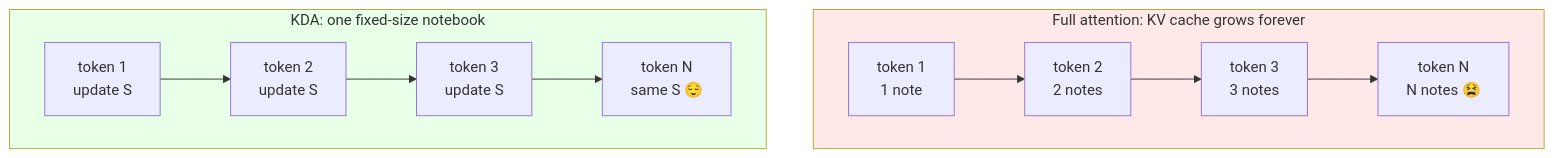
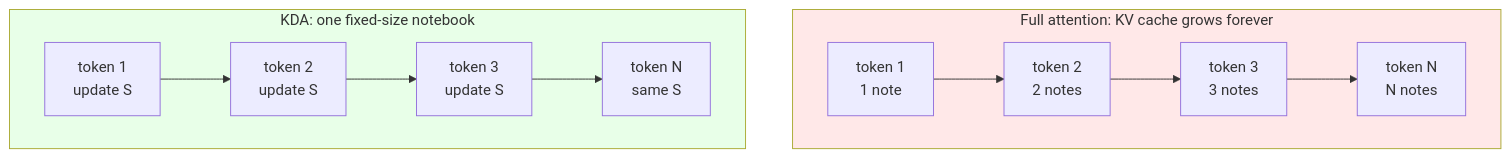
Before and after one commit to hwilner/kimi-delta-attention: the second of 3 diagrams in docs/EXTENDED_INTRODUCTION.md, drawn with Mermaid. The commit also changed other lines of this file, not shown here.

Commit message:
docs: rewrite EXTENDED_INTRODUCTION with zero-prerequisite numeric examples + figure embed

````diff
--- a/docs/EXTENDED_INTRODUCTION.md
+++ b/docs/EXTENDED_INTRODUCTION.md
@@ -111,13 +136,13 @@
 ```mermaid
 flowchart TB
     subgraph Full_Attention["Full attention: KV cache grows forever"]
         direction LR
-        t1["token 1<br/>1 note"] --> t2["token 2<br/>2 notes"] --> t3["token 3<br/>3 notes"] --> tn["token N<br/>N notes 😫"]
+        t1["token 1<br/>1 note"] --> t2["token 2<br/>2 notes"] --> t3["token 3<br/>3 notes"] --> tn["token N<br/>N notes"]
     end
     subgraph KDA["KDA: one fixed-size notebook"]
         direction LR
-        s1["token 1<br/>update S"] --> s2["token 2<br/>update S"] --> s3["token 3<br/>update S"] --> sn["token N<br/>same S 😌"]
+        s1["token 1<br/>update S"] --> s2["token 2<br/>update S"] --> s3["token 3<br/>update S"] --> sn["token N<br/>same S"]
     end
     style KDA fill:#e8ffe8
     style Full_Attention fill:#ffe8e8
 ```
````
